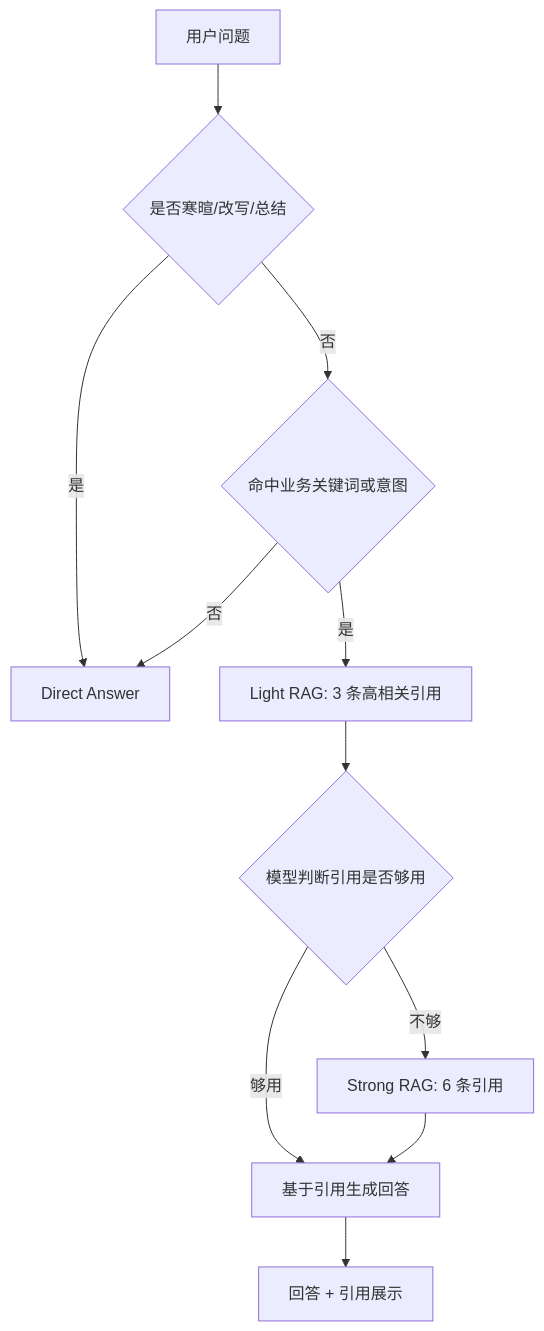
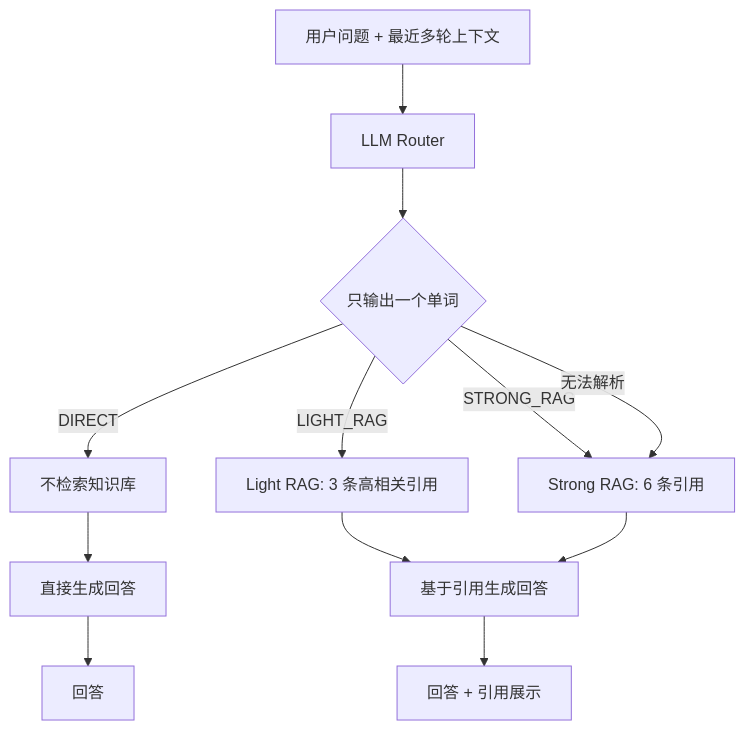
One commit to billzi2016/chinapost-internship changed the sixth of 6 diagrams in docs-site/docs/zh/rag-architecture.md. Above: the diagram before and after it, drawn with Mermaid. The commit also changed other lines of this file and 5 other files, not shown here.

````diff
--- a/docs-site/docs/zh/rag-architecture.md
+++ b/docs-site/docs/zh/rag-architecture.md
@@ -186,13 +194,14 @@
 ```mermaid
 flowchart TD
-    A[用户问题] --> B{是否寒暄/改写/总结}
-    B -- 是 --> C[Direct Answer]
-    B -- 否 --> D{命中业务关键词或意图}
-    D -- 否 --> C
-    D -- 是 --> E[Light RAG: 3 条高相关引用]
-    E --> F{模型判断引用是否够用}
-    F -- 够用 --> G[基于引用生成回答]
-    F -- 不够 --> H[Strong RAG: 6 条引用]
-    H --> G
-    G --> I[回答 + 引用展示]
+    A[用户问题 + 最近多轮上下文] --> B[LLM Router]
+    B --> C{只输出一个单词}
+    C -- DIRECT --> D[不检索知识库]
+    C -- LIGHT_RAG --> E[Light RAG: 3 条高相关引用]
+    C -- STRONG_RAG --> F[Strong RAG: 6 条引用]
+    C -- 无法解析 --> F
+    D --> G[直接生成回答]
+    E --> H[基于引用生成回答]
+    F --> H
+    G --> I[回答]
+    H --> J[回答 + 引用展示]
 ```
````
